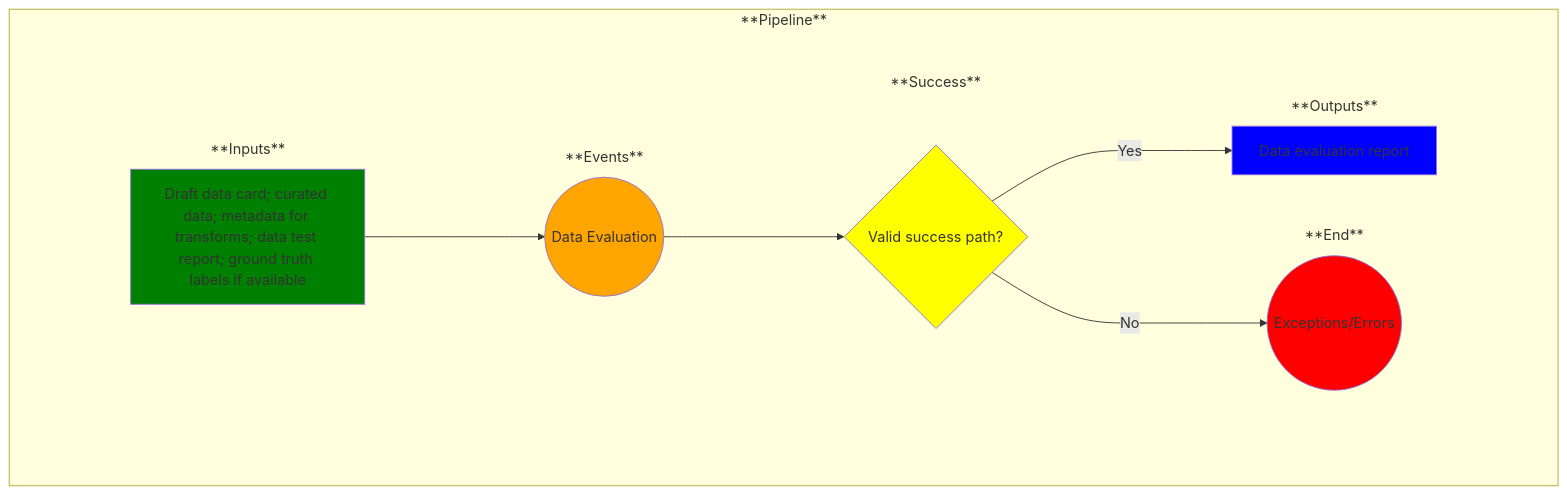
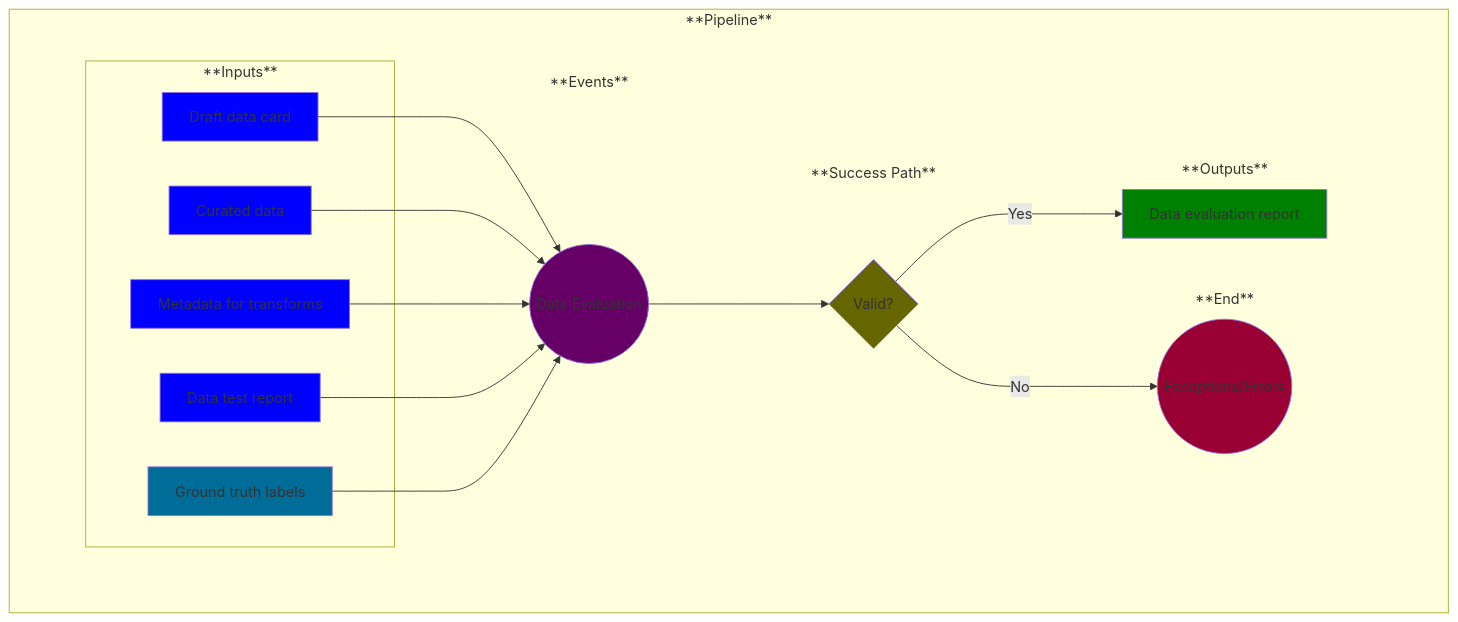
One commit to MLOps-OpenAPI/arch-diagrams changed the diagram in use-cases/6b-data-eval.md. Above: the diagram before and after it, drawn with Mermaid. The commit also changed other lines of this file and 4 other files, not shown here.

```diff
--- a/use-cases/6b-data-eval.md
+++ b/use-cases/6b-data-eval.md
@@ -35,12 +35,24 @@
 
             %% Add the rest of the nodes
             subgraph Inputs ["**Inputs**"]
-                A
+                A1
+            end
+            subgraph Inputs ["**Inputs**"]
+                A2
+            end
+            subgraph Inputs ["**Inputs**"]
+                A3
+            end
+            subgraph Inputs ["**Inputs**"]
+                A4
+            end
+            subgraph Inputs ["**Inputs**"]
+                A5
             end
             subgraph Events ["**Events**"]
                 B
             end
-            subgraph Success ["**Success**"]
+            subgraph Success ["**Success Path**"]
                 C
             end
             subgraph End ["**End**"]
@@ -50,7 +62,11 @@
                 E
             end
         end
-        A-->B
+        A1-->B
+        A2-->B
+        A3-->B
+        A4-->B
+        A5-->B
         B-->C
         C--> | No | D
         C--> | Yes | E
@@ -59,20 +75,32 @@
     %% Now label and style the blocks
     %% Note: You could have done this above, but I find this to be cleaner and easier to manage
 
-    A[Draft data card; curated data; metadata for transforms; data test report; ground truth labels if available]
-    style A fill:green
+    A1[Draft data card]
+    style A1 fill:blue
+
+    A2[Curated data]
+    style A2 fill:blue
+
+    A3[Metadata for transforms]
+    style A3 fill:blue
+
+    A4[Data test report]
+    style A4 fill:blue
+
+    A5[Ground truth labels]
+    style A5 fill:#006d99
 
     B((Data Evaluation))
-    style B fill:orange
+    style B fill:#660066
 
-    C{Valid success path?}
-    style C fill:yellow
+    C{Valid?}
+    style C fill:#666600
 
     D((Exceptions/Errors))
-    style D fill:red
+    style D fill:#990033
 
     E[Data evaluation report]
-    style E fill:blue
+    style E fill:green
 
     %% Remove unnecessary box outlines
     style invisibleSpace stroke-width:0
```
